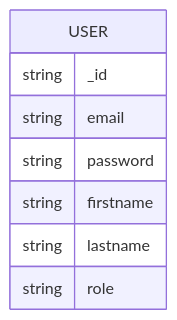
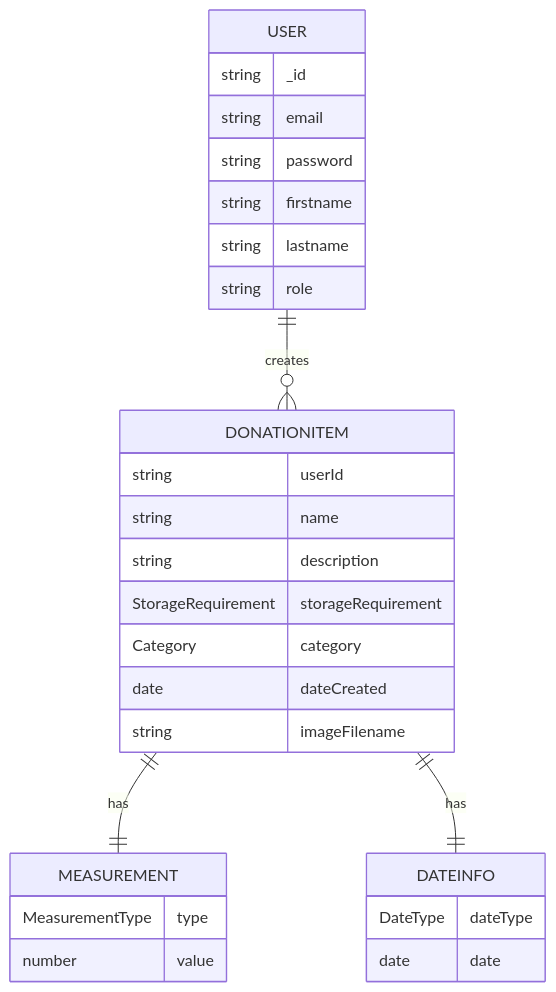
Before and after one commit to fl3my/spn-share-app: the diagram in README.md, drawn with Mermaid.

Commit message:
Update erd diagram

````diff
--- a/README.md
+++ b/README.md
@@ -7,11 +7,31 @@
 ```mermaid
     erDiagram
+    USER ||--o{ DONATIONITEM : "creates"
     USER {
         string _id
         string email
         string password
         string firstname
         string lastname
         string role
     }
+    DONATIONITEM ||--|| MEASUREMENT : has
+    DONATIONITEM ||--|| DATEINFO : has
+    DONATIONITEM {
+        string userId
+        string name
+        string description
+        StorageRequirement storageRequirement
+        Category category
+        date dateCreated
+        string imageFilename
+    }
+    MEASUREMENT {
+        MeasurementType type
+        number value
+    }
+    DATEINFO {
+        DateType dateType
+        date date
+    }
 ```
````
